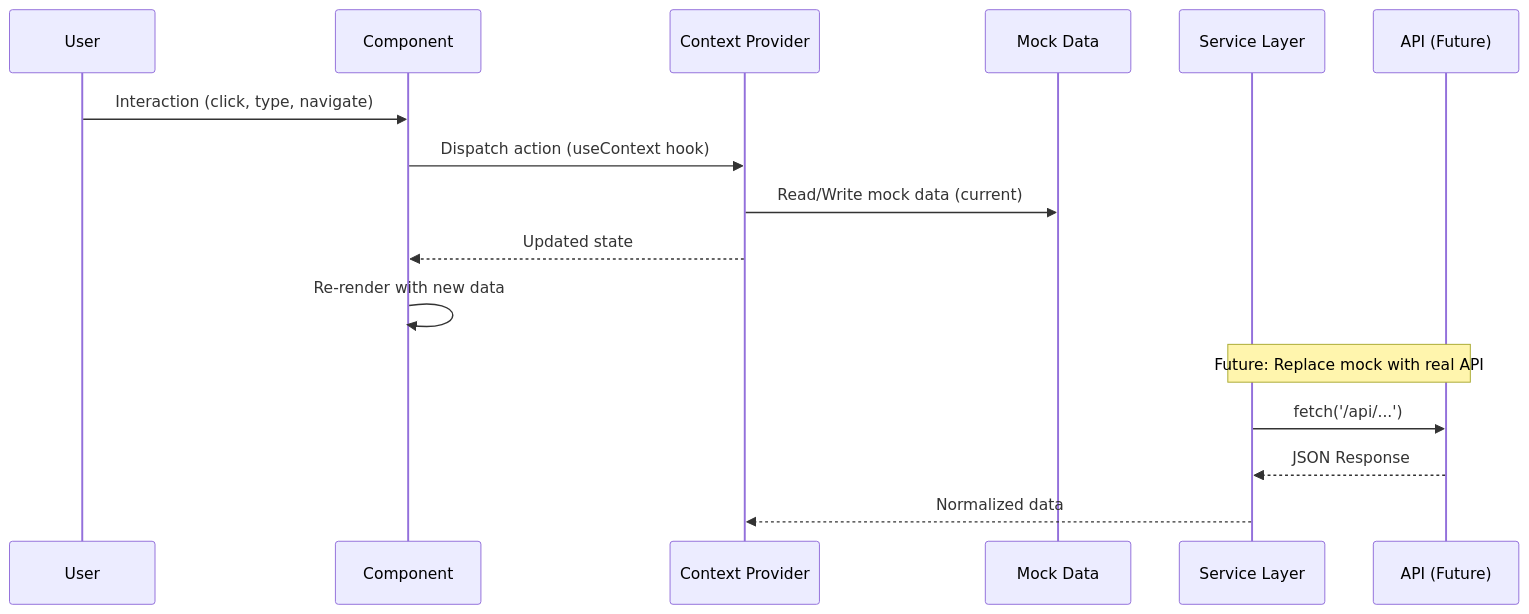
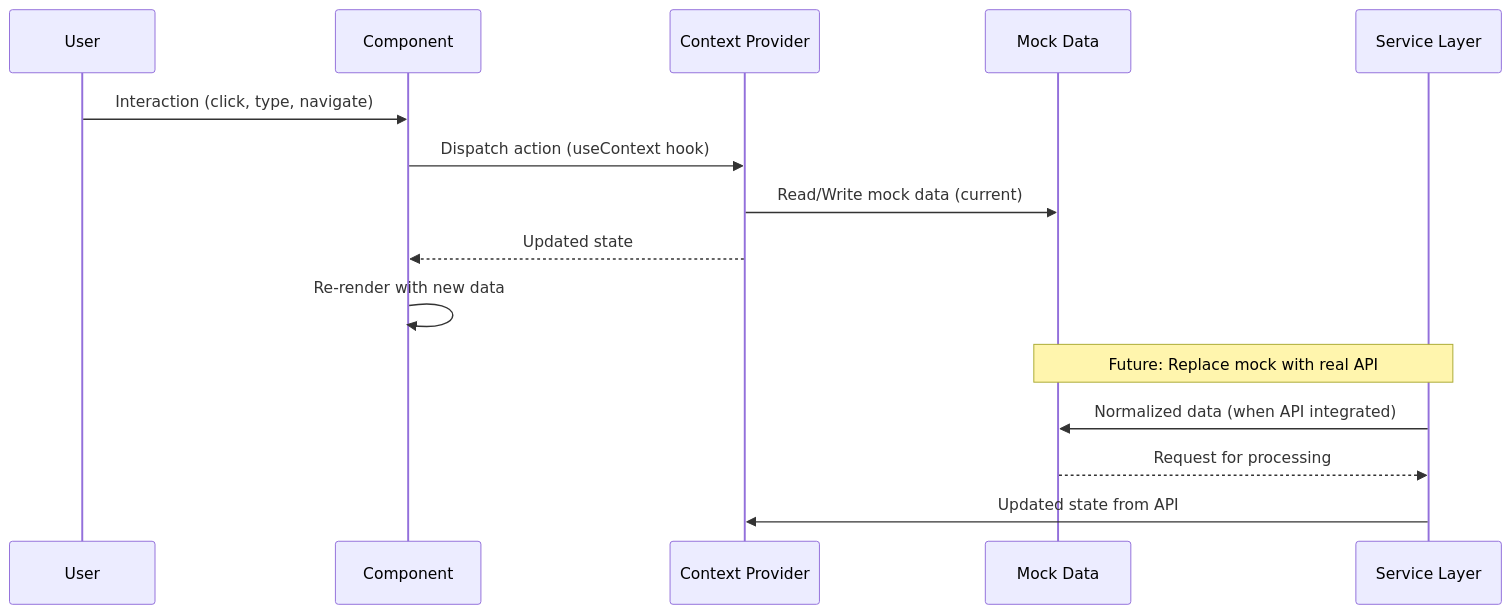
One commit to Rentra-Internship-Project/Rentra-Internship-Project changed the second of 3 diagrams in README.md. Above: the diagram before and after it, drawn with Mermaid. The commit also changed other lines of this file, not shown here.

````diff
--- a/README.md
+++ b/README.md
@@ -683,20 +125,19 @@
 ```mermaid
 sequenceDiagram
     participant U as User
     participant C as Component
     participant CX as Context Provider
     participant M as Mock Data
     participant S as Service Layer
-    participant A as API (Future)
 
     U->>C: Interaction (click, type, navigate)
     C->>CX: Dispatch action (useContext hook)
     CX->>M: Read/Write mock data (current)
     CX-->>C: Updated state
     C->>C: Re-render with new data
 
-    Note over S,A: Future: Replace mock with real API
-    S->>A: fetch('/api/...')
-    A-->>S: JSON Response
-    S-->>CX: Normalized data
+    Note over S,M: Future: Replace mock with real API
+    S->>M: Normalized data (when API integrated)
+    M-->>S: Request for processing
+    S->>CX: Updated state from API
 ```
````
